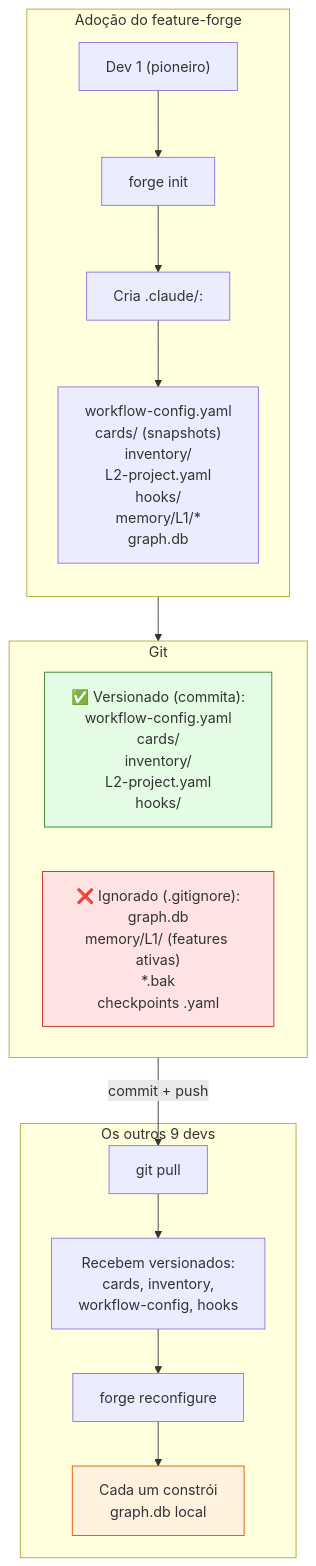
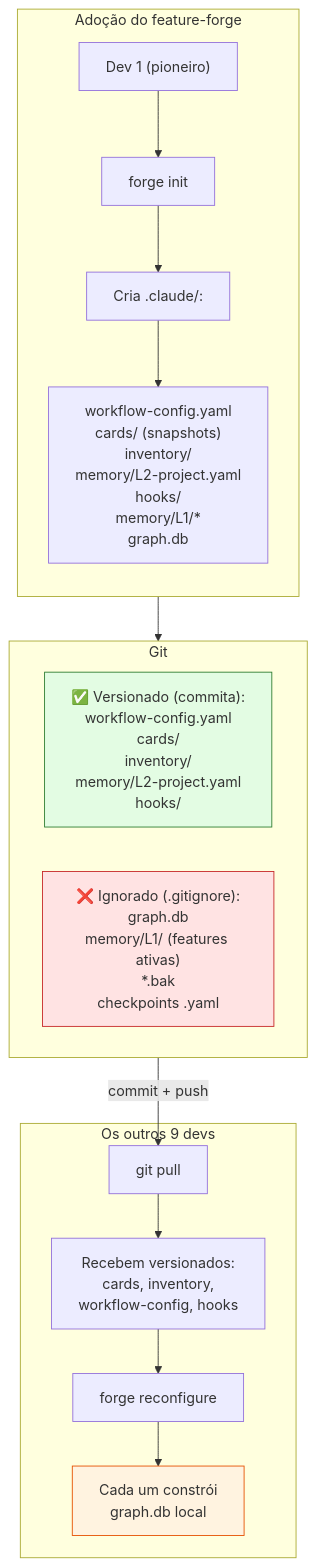
Before and after one commit to thgMatajs/feature-forge: the diagram in docs/diagrams/bootstrap-flow.mermaid, drawn with Mermaid. The commit also changed 2 other files, not shown here.

Commit message:
fix(docs/diagrams): corrigir paths L2, stats doctor/verify e files faltantes
- bootstrap-flow: memory/L2-project.yaml (prefixo memory/ faltava em 2 nós)
- command-decision-tree: forge doctor 12→14 categorias; forge verify 15→20 validadores
- files-versioned-vs-local: adicionar forge-version-lock.yaml e workflow-config-history.jsonl

```diff
--- a/docs/diagrams/bootstrap-flow.mermaid
+++ b/docs/diagrams/bootstrap-flow.mermaid
@@ -1,36 +1,36 @@
 flowchart TD
     subgraph ADOTACAO["Adoção do feature-forge"]
         direction TB
         DEV1["Dev 1 (pioneiro)"]
         INIT["forge init"]
         CRIACAO["Cria .claude/:"]
-        FILES_CREATED["workflow-config.yaml<br/>cards/ (snapshots)<br/>inventory/<br/>L2-project.yaml<br/>hooks/<br/>memory/L1/*<br/>graph.db"]
+        FILES_CREATED["workflow-config.yaml<br/>cards/ (snapshots)<br/>inventory/<br/>memory/L2-project.yaml<br/>hooks/<br/>memory/L1/*<br/>graph.db"]
     end
 
     INIT --> CRIACAO
     DEV1 --> INIT
     CRIACAO --> FILES_CREATED
 
     subgraph GIT["Git"]
-        VERSIONADO["✅ Versionado (commita):<br/>workflow-config.yaml<br/>cards/<br/>inventory/<br/>L2-project.yaml<br/>hooks/"]
+        VERSIONADO["✅ Versionado (commita):<br/>workflow-config.yaml<br/>cards/<br/>inventory/<br/>memory/L2-project.yaml<br/>hooks/"]
         LOCAL["❌ Ignorado (.gitignore):<br/>graph.db<br/>memory/L1/ (features ativas)<br/>*.bak<br/>checkpoints .yaml"]
     end
 
     FILES_CREATED --> GIT
 
     subgraph TIME["Os outros 9 devs"]
         PULL["git pull"]
         CONFIG_OK["Recebem versionados:<br/>cards, inventory,<br/>workflow-config, hooks"]
         RECONFIGURE["forge reconfigure"]
         GRAPH_DB["Cada um constrói<br/>graph.db local"]
     end
 
     PULL --> CONFIG_OK
     CONFIG_OK --> RECONFIGURE
     RECONFIGURE --> GRAPH_DB
 
     GIT -->|"commit + push"| PULL
 
     style VERSIONADO fill:#e3fce3,stroke:#2e7d32
     style LOCAL fill:#ffe3e3,stroke:#c62828
     style GRAPH_DB fill:#fff3e0,stroke:#e65100
```
